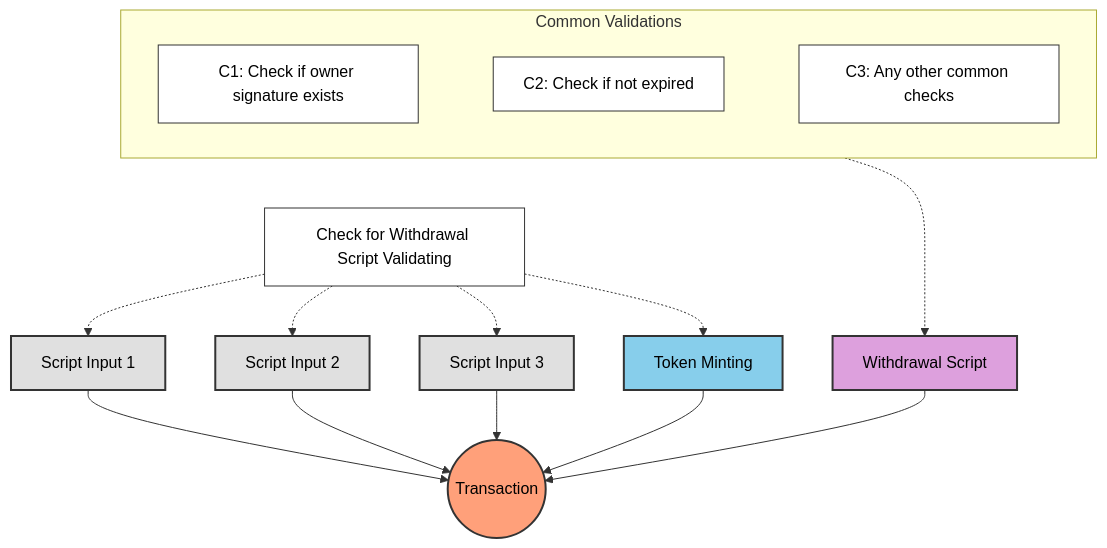
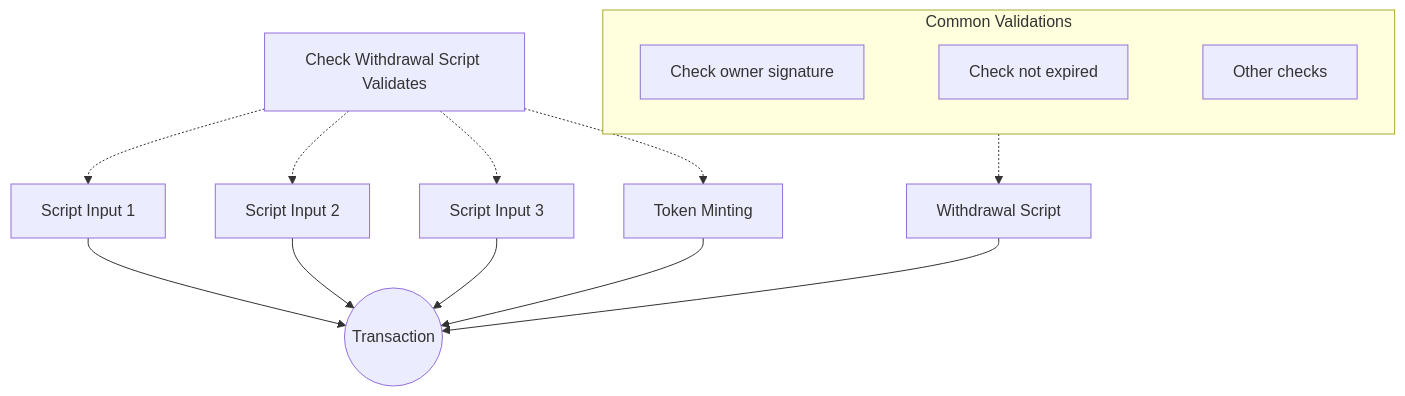
Before and after one commit to MeshJS/meshjs.dev: the second of 2 diagrams in content/docs/resources/cardano-course/05-avoid-redundant-validation.mdx, drawn with Mermaid. The commit also changed other lines of this file and 122 other files, not shown here.

````diff
--- a/content/docs/resources/cardano-course/05-avoid-redundant-validation.mdx
+++ b/content/docs/resources/cardano-course/05-avoid-redundant-validation.mdx
@@ -67,48 +91,23 @@
 ```mermaid
 graph TB
-    %% Layout subgraph for labels at top with horizontal alignment
     subgraph Checks[" Common Validations "]
         direction LR
-        C1["C1: Check if owner signature exists"] ~~~ C2["C2: Check if not expired"] ~~~ C3["C3: Any other common checks"]
+        C1["Check owner signature"] ~~~ C2["Check not expired"] ~~~ C3["Other checks"]
     end
-    
-    %% Add spacing
-    WithdrawalCheck[" Check for Withdrawal Script Validating "]
-    
-    %% Organize layout with invisible connections for spacing
-    Checks ~~~ WithdrawalCheck
-    
-    %% Connect validation flows
+
+    WithdrawalCheck[" Check Withdrawal Script Validates "]
+
     Checks -.-> W
     WithdrawalCheck -.-> A1
     WithdrawalCheck -.-> A2
     WithdrawalCheck -.-> A3
     WithdrawalCheck -.-> M
 
-    %% Inputs on left with consistent arrows
     A1[Script Input 1] --> TX
     A2[Script Input 2] --> TX
     A3[Script Input 3] --> TX
-    
-    %% Transaction and other components
+
     TX((Transaction))
     M[Token Minting] --> TX
     W[Withdrawal Script] --> TX
-    
-    %% Styling
-    style TX fill:#FFA07A,stroke:#333,stroke-width:2px,color:#000
-    style M fill:#87CEEB,stroke:#333,stroke-width:2px,color:#000
-    style W fill:#DDA0DD,stroke:#333,stroke-width:2px,color:#000
-    style A1 fill:#E0E0E0,stroke:#333,stroke-width:2px,color:#000
-    style A2 fill:#E0E0E0,stroke:#333,stroke-width:2px,color:#000
-    style A3 fill:#E0E0E0,stroke:#333,stroke-width:2px,color:#000
-    style C1 fill:#FFFFFF,stroke:#333,stroke-width:1px,color:#000
-    style C2 fill:#FFFFFF,stroke:#333,stroke-width:1px,color:#000
-    style C3 fill:#FFFFFF,stroke:#333,stroke-width:1px,color:#000
-    style WithdrawalCheck fill:#FFFFFF,stroke:#333,stroke-width:1px,color:#000
-    
-    %% Remove visible connections between check boxes
-    linkStyle 0 stroke-width:0px
-    linkStyle 1 stroke-width:0px
-    linkStyle 2 stroke-width:0px
 ```
````
